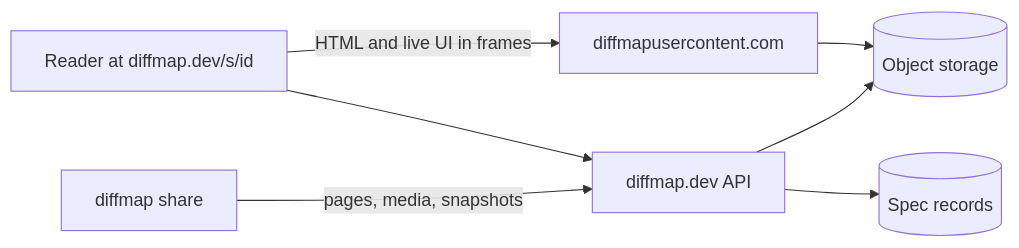
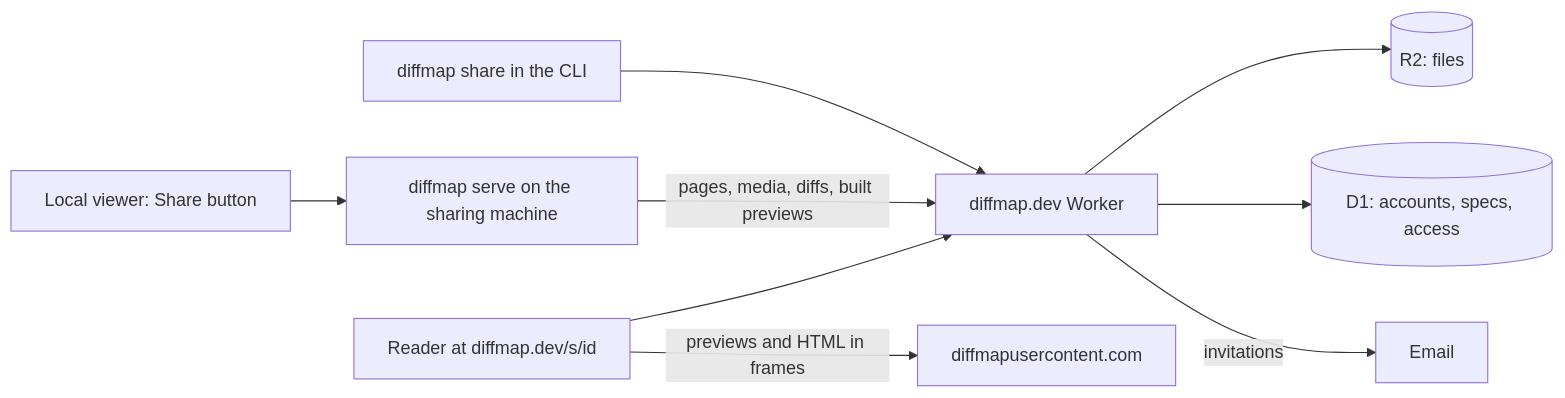
One commit to tanishqkancharla/diffmap changed the diagram in .diffmap/specs/diffmap-cloud/README.md. Above: the diagram before and after it, drawn with Mermaid. The commit also changed other lines of this file and 11 other files, not shown here.

Commit message:
Rework the diffmap cloud spec around a share dialog with public and restricted access

````diff
--- a/.diffmap/specs/diffmap-cloud/README.md
+++ b/.diffmap/specs/diffmap-cloud/README.md
@@ -28,10 +39,13 @@
-```mermaid [diffmap share uploads to diffmap.dev instead of a gist]
+```mermaid [Sharing uploads a snapshot; the sharing machine can go away]
 flowchart LR
-    A[diffmap share] -->|pages, media, snapshots| W[diffmap.dev API]
-    W --> R[(Object storage)]
-    W --> D[(Spec records)]
+    L[Local viewer: Share button] --> S[diffmap serve on the sharing machine]
+    C[diffmap share in the CLI] --> W
+    S -->|pages, media, diffs, built previews| W[diffmap.dev Worker]
+    W --> R[(R2: files)]
+    W --> D[(D1: accounts, specs, access)]
+    W -->|invitations| E[Email]
     V[Reader at diffmap.dev/s/id] --> W
-    V -->|HTML and live UI in frames| U[diffmapusercontent.com]
-    U --> R
-    %% ref node:A [[src/share.ts#shareMarkdownFile]]
+    V -->|previews and HTML in frames| U[diffmapusercontent.com]
+    %% ref node:S [[src/serve.ts#startServer]]
+    %% ref node:C [[src/share.ts#shareMarkdownFile]]
 ```
````
